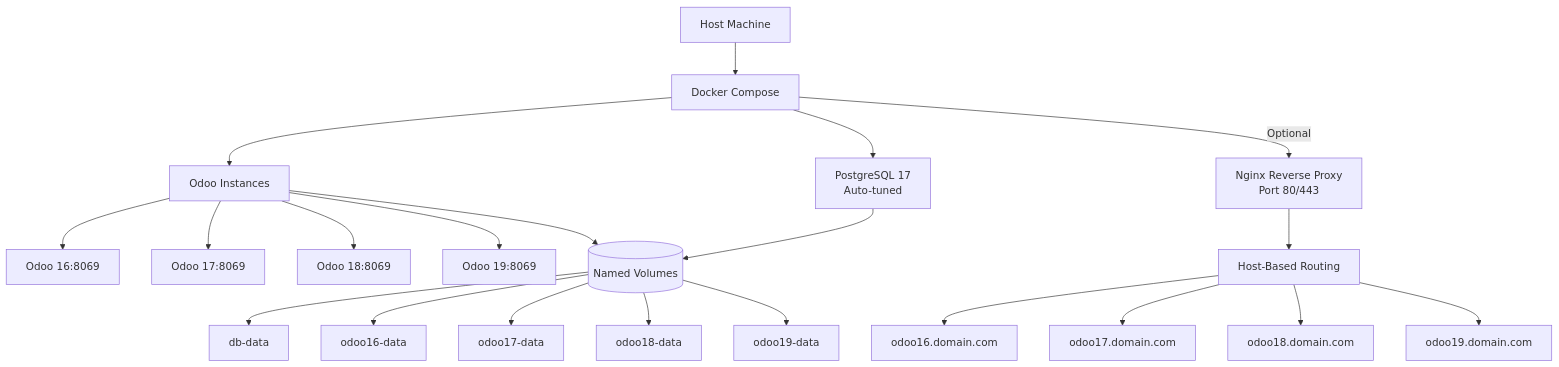
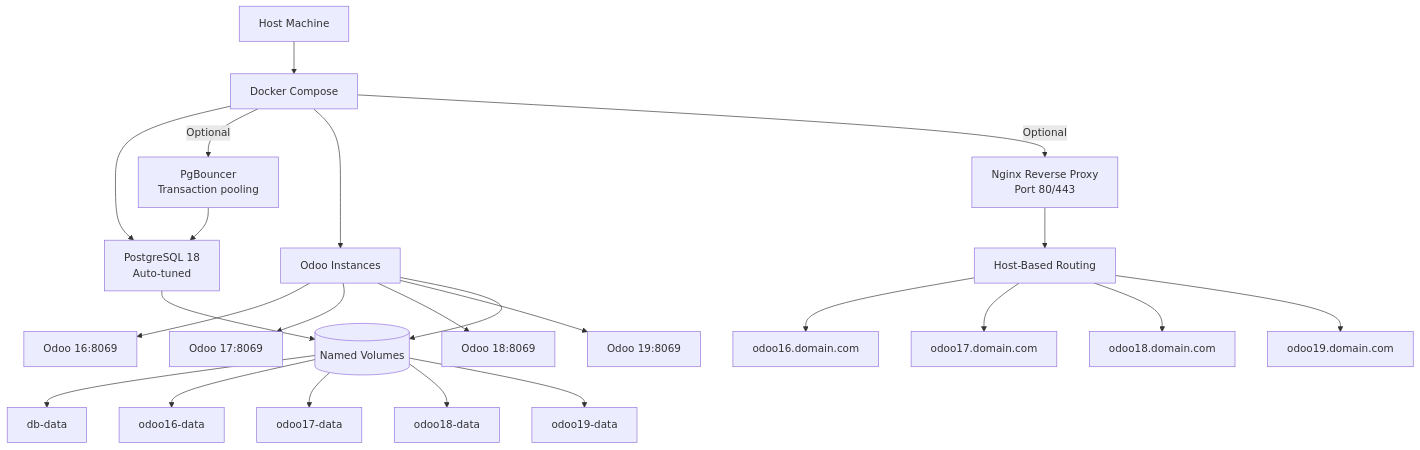
One commit to Makondoo-Inc/odoo-deployments changed the diagram in nginx/README.MD. Above: the diagram before and after it, drawn with Mermaid. The commit also changed other lines of this file and 1 other file, not shown here.

First line of the commit message:
perf(autodeploy-nginx): scale full stack to hardware - dynamic connection budget, PG18 AIO, parallel query, optional PgBouncer

````diff
--- a/nginx/README.MD
+++ b/nginx/README.MD
@@ -35,23 +35,25 @@
 ```mermaid
 graph TD
     A[Host Machine] --> B[Docker Compose]
-    B --> C[PostgreSQL 17<br/>Auto-tuned]
+    B --> C[PostgreSQL 18<br/>Auto-tuned]
+    B -->|Optional| P[PgBouncer<br/>Transaction pooling]
+    P --> C
     B --> D[Odoo Instances]
     D --> D1[Odoo 16:8069]
     D --> D2[Odoo 17:8069]
     D --> D3[Odoo 18:8069]
     D --> D4[Odoo 19:8069]
     B -->|Optional| E[Nginx Reverse Proxy<br/>Port 80/443]
     E --> F[Host-Based Routing]
     F --> F1[odoo16.domain.com]
     F --> F2[odoo17.domain.com]
     F --> F3[odoo18.domain.com]
     F --> F4[odoo19.domain.com]
     C --> G[(Named Volumes)]
     D --> G
     G --> G1[db-data]
     G --> G2[odoo16-data]
     G --> G3[odoo17-data]
     G --> G4[odoo18-data]
     G --> G5[odoo19-data]
 ```
````
